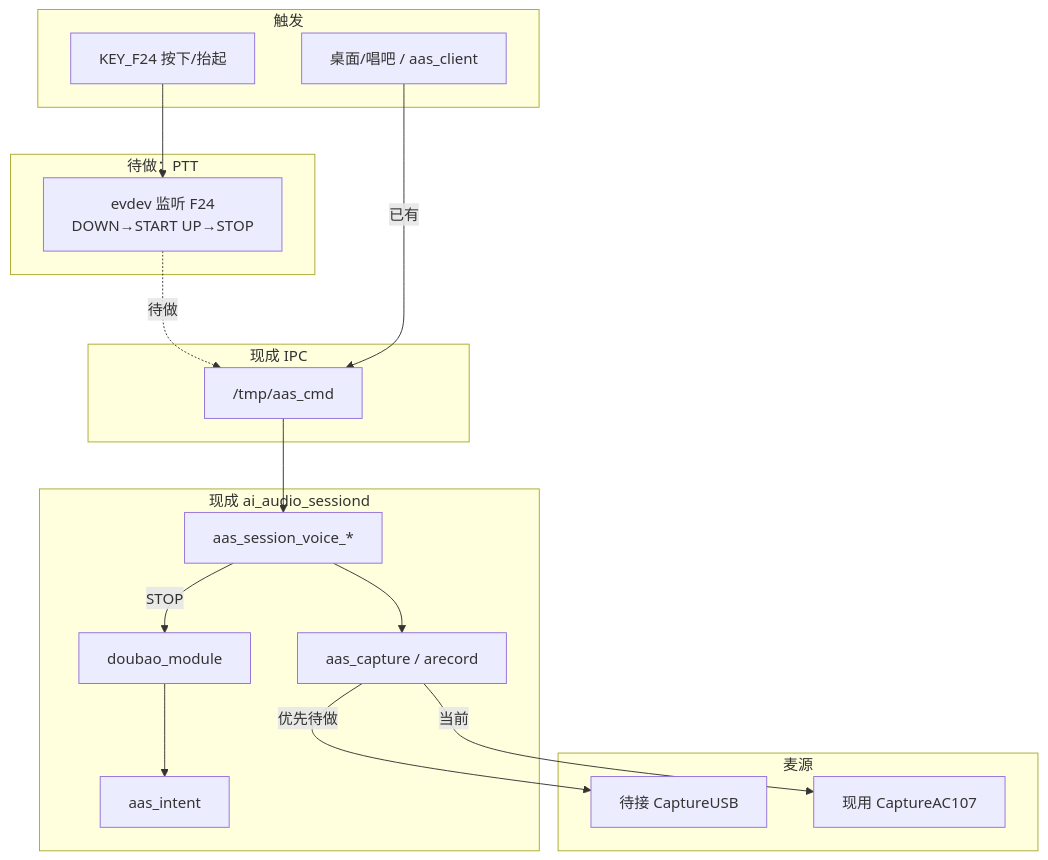
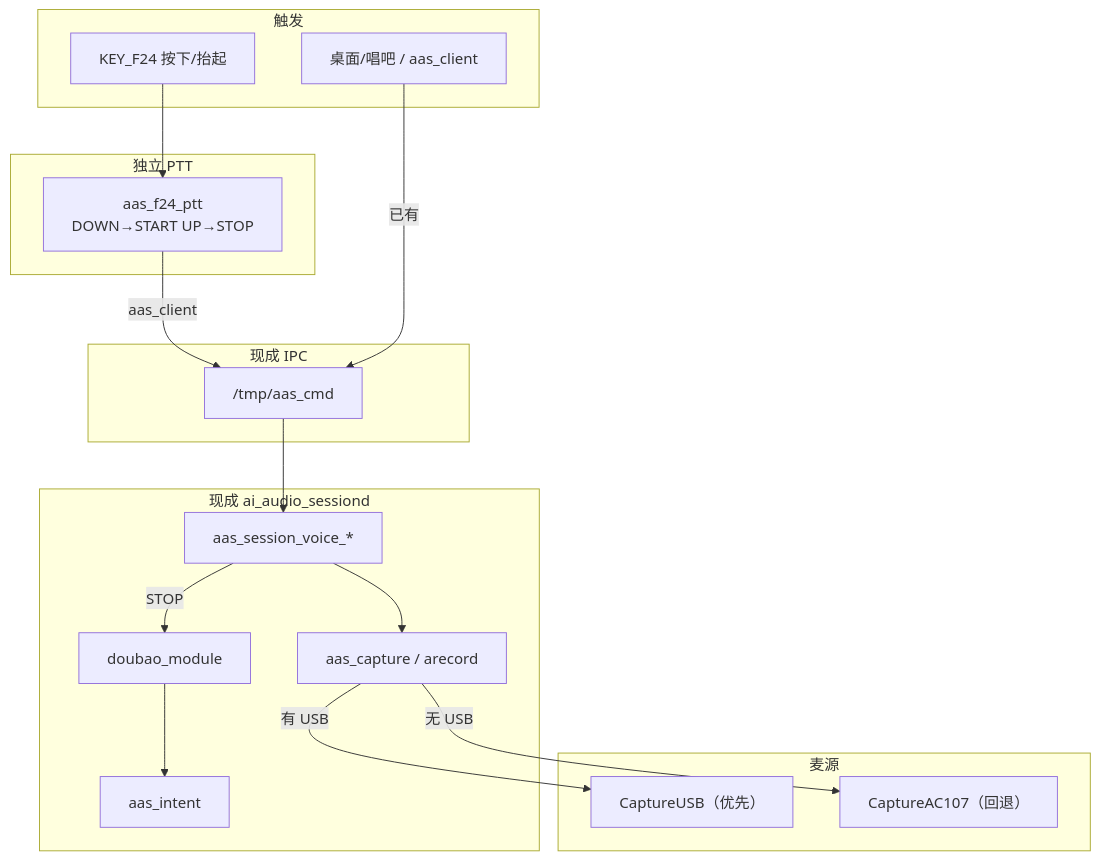
One commit to xiayu12345/Obsidion changed the diagram in H133/专题/USB音频/20260916-JL-eMMC-USB-Audio/接入方案-F24与USB麦.md. Above: the diagram before and after it, drawn with Mermaid. The commit also changed other lines of this file and 21 other files, not shown here.

Commit message:
Sync AI-tq/AI-skiil Sep29: JL_HXR101 N91屏驱, USB音频 F24 PTT+CaptureUSB

````diff
--- a/H133/专题/USB音频/20260916-JL-eMMC-USB-Audio/接入方案-F24与USB麦.md
+++ b/H133/专题/USB音频/20260916-JL-eMMC-USB-Audio/接入方案-F24与USB麦.md
@@ -91,35 +118,35 @@
 ```mermaid
 flowchart TB
   subgraph trigger["触发"]
     F24["KEY_F24 按下/抬起"]
     UI["桌面/唱吧 / aas_client"]
   end
 
-  subgraph glue["待做：PTT"]
-    PTT["evdev 监听 F24<br/>DOWN→START UP→STOP"]
+  subgraph glue["独立 PTT"]
+    PTT["aas_f24_ptt<br/>DOWN→START UP→STOP"]
   end
 
   subgraph ipc["现成 IPC"]
     FIFO["/tmp/aas_cmd"]
   end
 
   subgraph daemon["现成 ai_audio_sessiond"]
     SES["aas_session_voice_*"]
     CAP["aas_capture / arecord"]
     DB["doubao_module"]
     INT["aas_intent"]
   end
 
   subgraph mic["麦源"]
-    USB["待接 CaptureUSB"]
-    AC107["现用 CaptureAC107"]
+    USB["CaptureUSB（优先）"]
+    AC107["CaptureAC107（回退）"]
   end
 
   F24 --> PTT
-  PTT -.->|待做| FIFO
+  PTT -->|aas_client| FIFO
   UI -->|已有| FIFO
   FIFO --> SES --> CAP
-  CAP -->|优先待做| USB
-  CAP -->|当前| AC107
+  CAP -->|有 USB| USB
+  CAP -->|无 USB| AC107
   SES -->|STOP| DB --> INT
 ```
````
